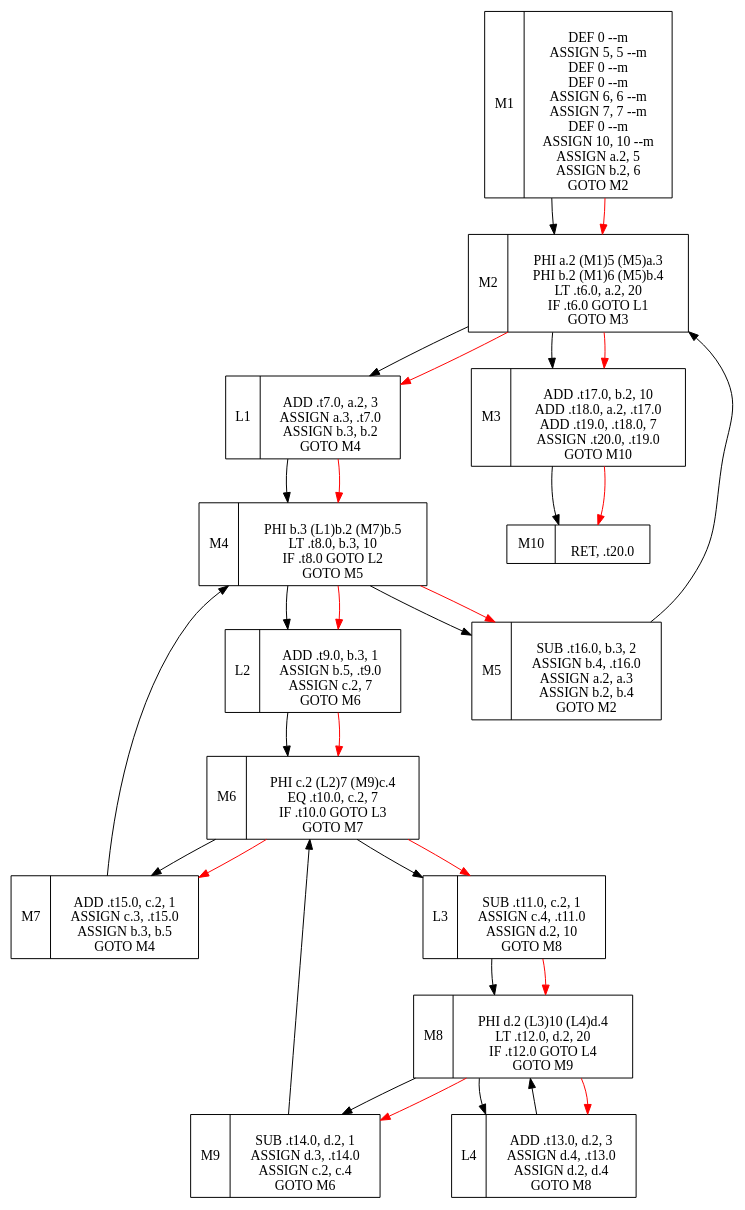
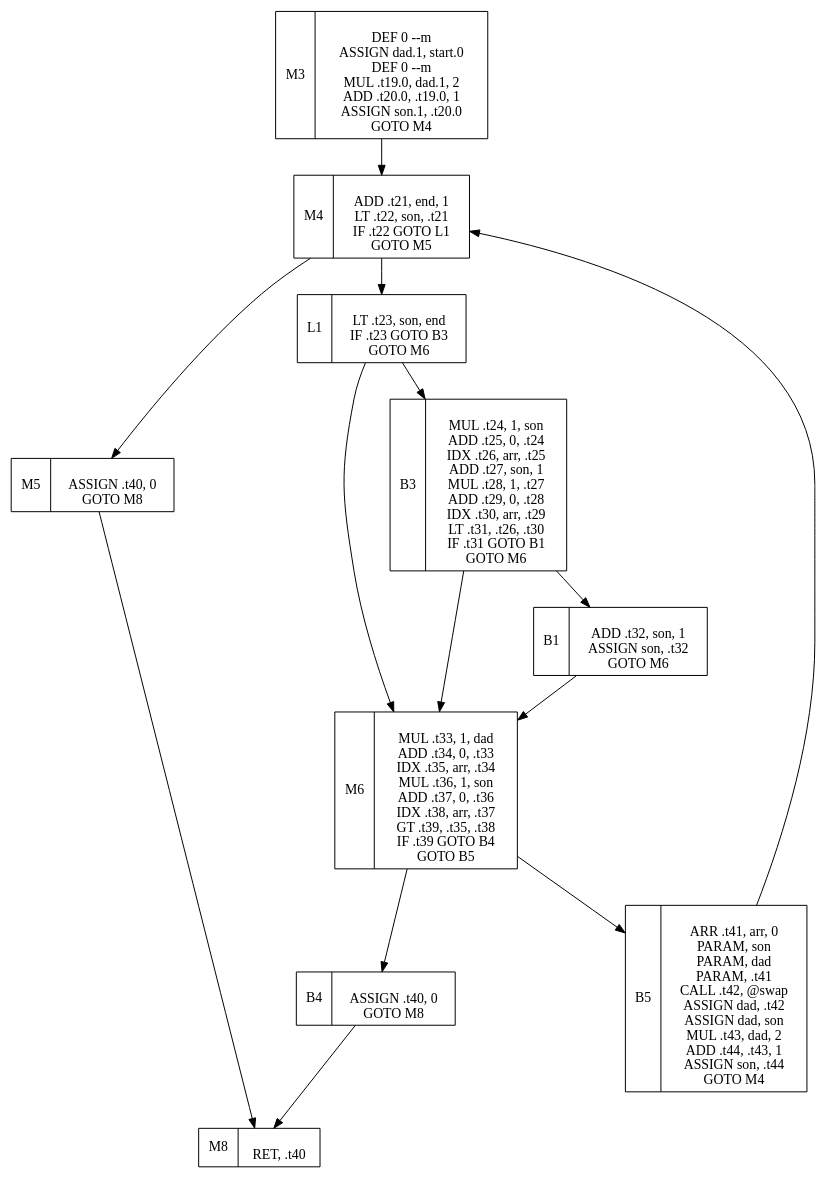
One commit to jimfengnpu/antlr4-compiler changed the diagram in test.dot. Above: the diagram before and after it, drawn with Graphviz. The commit also changed 11 other files, not shown here.

```diff
--- a/test.dot
+++ b/test.dot
@@ -1,51 +1,43 @@
 digraph{ nodesep = 1; node[shape = record];
-M1[label="M1 |\nDEF 0     --m\nASSIGN 5, 5     --m\nDEF 0     --m\nDEF 0     --m\nASSIGN 6, 6     --m\nASSIGN 7, 7     --m\nDEF 0     --m\nASSIGN 10, 10     --m\nASSIGN a.2, 5\nASSIGN b.2, 6\nGOTO M2"];
-M2[label="M2 |\nPHI a.2 (M1)5  (M5)a.3 
-\nPHI b.2 (M1)6  (M5)b.4 
-\nLT .t6.0, a.2, 20\nIF .t6.0 GOTO L1\nGOTO M3"];
-M1 -> M2;
-M5 -> M2;
-M1 -> M2[color="red"];
-L1[label="L1 |\nADD .t7.0, a.2, 3\nASSIGN a.3, .t7.0\nASSIGN b.3, b.2\nGOTO M4"];
-M2 -> L1;
-M2 -> L1[color="red"];
-M3[label="M3 |\nADD .t17.0, b.2, 10\nADD .t18.0, a.2, .t17.0\nADD .t19.0, .t18.0, 7\nASSIGN .t20.0, .t19.0\nGOTO M10"];
-M2 -> M3;
-M2 -> M3[color="red"];
-M4[label="M4 |\nPHI b.3 (L1)b.2  (M7)b.5 
-\nLT .t8.0, b.3, 10\nIF .t8.0 GOTO L2\nGOTO M5"];
-L1 -> M4;
-M7 -> M4;
-L1 -> M4[color="red"];
-L2[label="L2 |\nADD .t9.0, b.3, 1\nASSIGN b.5, .t9.0\nASSIGN c.2, 7\nGOTO M6"];
-M4 -> L2;
-M4 -> L2[color="red"];
-M5[label="M5 |\nSUB .t16.0, b.3, 2\nASSIGN b.4, .t16.0\nASSIGN a.2, a.3\nASSIGN b.2, b.4\nGOTO M2"];
+M3[label="M3 |\nDEF 0     --m\nASSIGN dad.1, start.0\nDEF 0     --m\nMUL .t19.0, dad.1, 2\nADD .t20.0, .t19.0, 1\nASSIGN son.1, .t20.0\nGOTO M4"];
+M4[label="M4 |\nADD .t21, end, 1\nLT .t22, son, .t21\nIF .t22 GOTO L1\nGOTO M5"];
+M3 -> M4;
+B5 -> M4;
+L1[label="L1 |\nLT .t23, son, end\nIF .t23 GOTO B3\nGOTO M6"];
+M4 -> L1;
+M5[label="M5 |\nASSIGN .t40, 0\nGOTO M8"];
 M4 -> M5;
-M4 -> M5[color="red"];
-M6[label="M6 |\nPHI c.2 (L2)7  (M9)c.4 
-\nEQ .t10.0, c.2, 7\nIF .t10.0 GOTO L3\nGOTO M7"];
-L2 -> M6;
-M9 -> M6;
-L2 -> M6[color="red"];
-L3[label="L3 |\nSUB .t11.0, c.2, 1\nASSIGN c.4, .t11.0\nASSIGN d.2, 10\nGOTO M8"];
-M6 -> L3;
-M6 -> L3[color="red"];
-M7[label="M7 |\nADD .t15.0, c.2, 1\nASSIGN c.3, .t15.0\nASSIGN b.3, b.5\nGOTO M4"];
-M6 -> M7;
-M6 -> M7[color="red"];
-M8[label="M8 |\nPHI d.2 (L3)10  (L4)d.4 
-\nLT .t12.0, d.2, 20\nIF .t12.0 GOTO L4\nGOTO M9"];
-L3 -> M8;
-L4 -> M8;
-L3 -> M8[color="red"];
-L4[label="L4 |\nADD .t13.0, d.2, 3\nASSIGN d.4, .t13.0\nASSIGN d.2, d.4\nGOTO M8"];
-M8 -> L4;
-M8 -> L4[color="red"];
-M9[label="M9 |\nSUB .t14.0, d.2, 1\nASSIGN d.3, .t14.0\nASSIGN c.2, c.4\nGOTO M6"];
-M8 -> M9;
-M8 -> M9[color="red"];
-M10[label="M10 |\nRET, .t20.0"];
-M3 -> M10;
-M3 -> M10[color="red"];
+B1[label="B1 |\nADD .t32, son, 1\nASSIGN son, .t32\nGOTO M6"];
+B3 -> B1;
+M6[label="M6 |\nMUL .t33, 1, dad\nADD .t34, 0, .t33\nIDX .t35, arr, .t34\nMUL .t36, 1, son\nADD .t37, 0, .t36\nIDX .t38, arr, .t37\nGT .t39, .t35, .t38\nIF .t39 GOTO B4\nGOTO B5"];
+L1 -> M6;
+B1 -> M6;
+B3 -> M6;
+B3[label="B3 |\nMUL .t24, 1, son\nADD .t25, 0, .t24\nIDX .t26, arr, .t25\nADD .t27, son, 1\nMUL .t28, 1, .t27\nADD .t29, 0, .t28\nIDX .t30, arr, .t29\nLT .t31, .t26, .t30\nIF .t31 GOTO B1\nGOTO M6"];
+L1 -> B3;
+B4[label="B4 |\nASSIGN .t40, 0\nGOTO M8"];
+M6 -> B4;
+B5[label="B5 |\nARR .t41, arr, 0\nPARAM, son\nPARAM, dad\nPARAM, .t41\nCALL .t42, @swap\nASSIGN dad, .t42\nASSIGN dad, son\nMUL .t43, dad, 2\nADD .t44, .t43, 1\nASSIGN son, .t44\nGOTO M4"];
+M6 -> B5;
+M8[label="M8 |\nRET, .t40"];
+M5 -> M8;
+B4 -> M8;
+
+// @heap_sort:M9[label="M9 |\nDEF 0     --m\nDEF 0     --m\nDIV .t45.0, len.0, 2\nSUB .t46.0, .t45.0, 1\nASSIGN i.1, .t46.0\nGOTO M10"];
+// M10[label="M10 |\nGT .t47, i, -1\nIF .t47 GOTO L2\nGOTO M11"];
+// M9 -> M10;
+// L2 -> M10;
+// L2[label="L2 |\nSUB .t48, len, 1\nASSIGN tmp, .t48\nARR .t49, arr, 0\nPARAM, tmp\nPARAM, i\nPARAM, .t49\nCALL .t50, @heap_ajust\nASSIGN tmp, .t50\nSUB .t51, i, 1\nASSIGN i, .t51\nGOTO M10"];
+// M10 -> L2;
+// M11[label="M11 |\nSUB .t52, len, 1\nASSIGN i, .t52\nGOTO M12"];
+// M10 -> M11;
+// M12[label="M12 |\nGT .t53, i, 0\nIF .t53 GOTO L3\nGOTO M13"];
+// M11 -> M12;
+// L3 -> M12;
+// L3[label="L3 |\nDEF tmp0\nASSIGN tmp0, 0\nARR .t54, arr, 0\nPARAM, i\nPARAM, tmp0\nPARAM, .t54\nCALL .t55, @swap\nASSIGN tmp, .t55\nSUB .t56, i, 1\nASSIGN tmp, .t56\nARR .t57, arr, 0\nPARAM, tmp\nPARAM, tmp0\nPARAM, .t57\nCALL .t58, @heap_ajust\nASSIGN tmp, .t58\nSUB .t59, i, 1\nASSIGN i, .t59\nGOTO M12"];
+// M12 -> L3;
+// M13[label="M13 |\nASSIGN .t60, 0\nGOTO M14"];
+// M12 -> M13;
+// M14[label="M14 |\nRET, .t60"];
+// M13 -> M14;
 }
```
